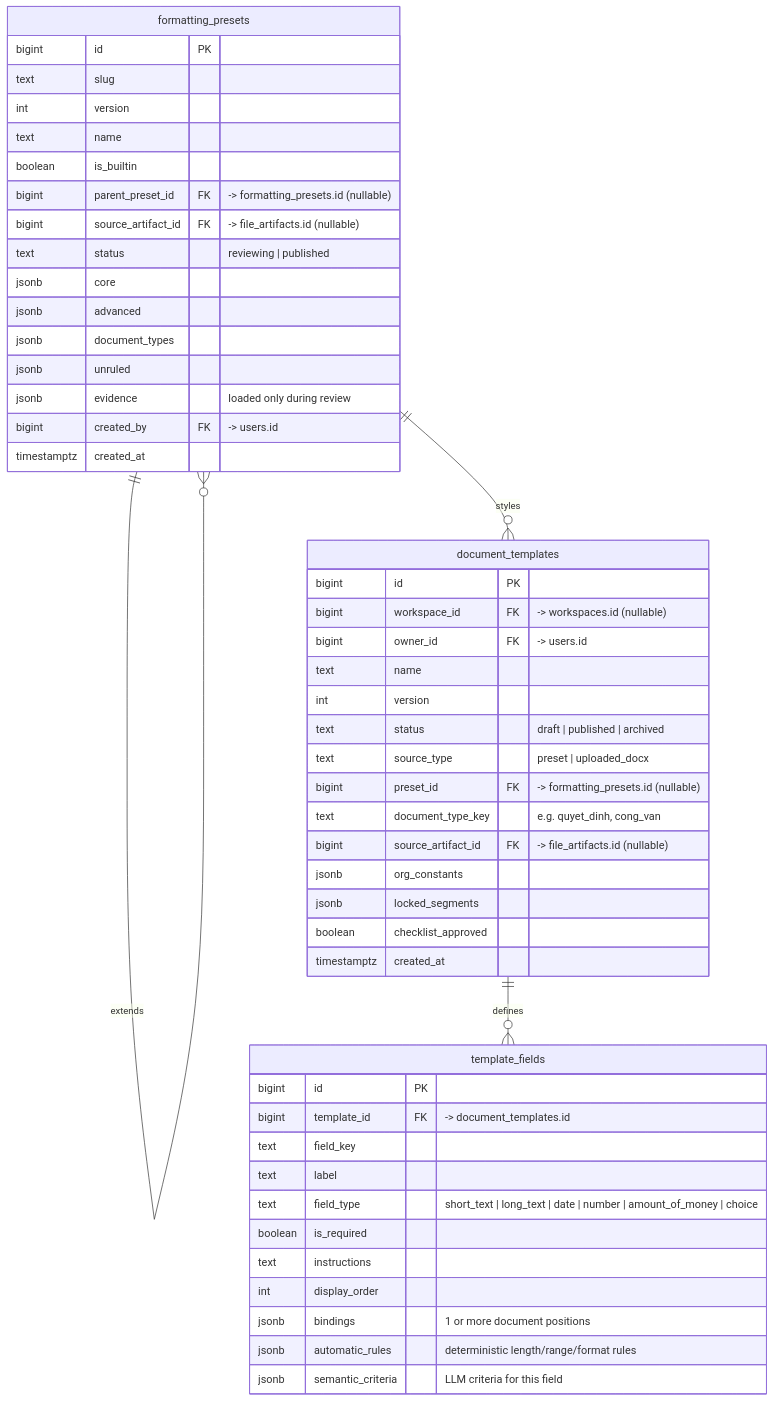
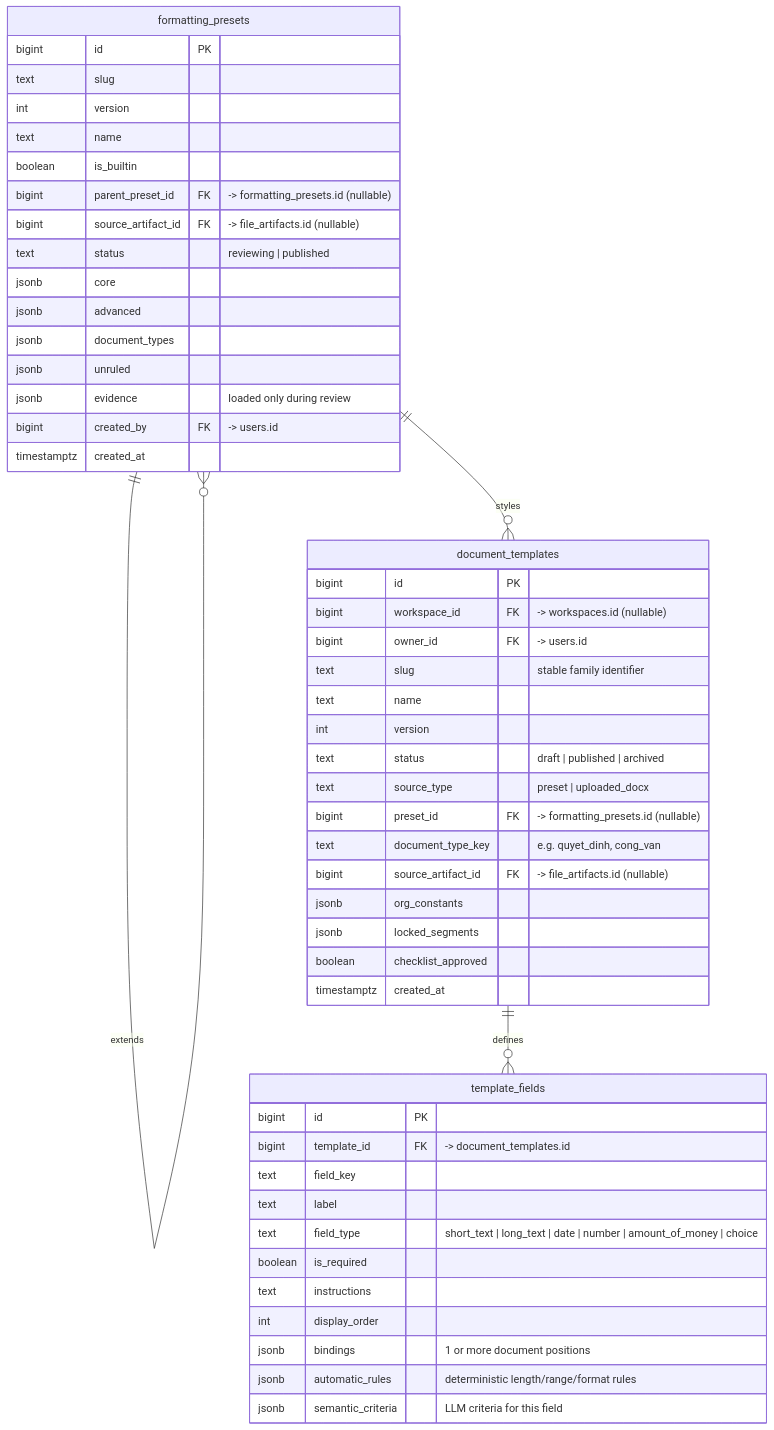
Before and after one commit to buitrong06/CS300-DocumentFromForm: the fourth of 7 diagrams in docs/analysis-and-design/database-overview.md, drawn with Mermaid. The commit also changed other lines of this file and 1 other file, not shown here.

Commit message:
docs(db): resolve ER model integrity, lineage, provenance, and audit event gaps

````diff
--- a/docs/analysis-and-design/database-overview.md
+++ b/docs/analysis-and-design/database-overview.md
@@ -149,53 +155,54 @@
 ```mermaid
 erDiagram
     formatting_presets ||--o{ formatting_presets : "extends"
     formatting_presets ||--o{ document_templates : "styles"
     document_templates ||--o{ template_fields : "defines"
 
     formatting_presets {
         bigint id PK
         text slug
         int version
         text name
         boolean is_builtin
         bigint parent_preset_id FK "-> formatting_presets.id (nullable)"
         bigint source_artifact_id FK "-> file_artifacts.id (nullable)"
         text status "reviewing | published"
         jsonb core
         jsonb advanced
         jsonb document_types
         jsonb unruled
         jsonb evidence "loaded only during review"
         bigint created_by FK "-> users.id"
         timestamptz created_at
     }
     document_templates {
         bigint id PK
         bigint workspace_id FK "-> workspaces.id (nullable)"
         bigint owner_id FK "-> users.id"
+        text slug "stable family identifier"
         text name
         int version
         text status "draft | published | archived"
         text source_type "preset | uploaded_docx"
         bigint preset_id FK "-> formatting_presets.id (nullable)"
         text document_type_key "e.g. quyet_dinh, cong_van"
         bigint source_artifact_id FK "-> file_artifacts.id (nullable)"
         jsonb org_constants
         jsonb locked_segments
         boolean checklist_approved
         timestamptz created_at
     }
     template_fields {
         bigint id PK
         bigint template_id FK "-> document_templates.id"
         text field_key
         text label
         text field_type "short_text | long_text | date | number | amount_of_money | choice"
         boolean is_required
         text instructions
         int display_order
         jsonb bindings "1 or more document positions"
         jsonb automatic_rules "deterministic length/range/format rules"
         jsonb semantic_criteria "LLM criteria for this field"
     }
 ```
````
